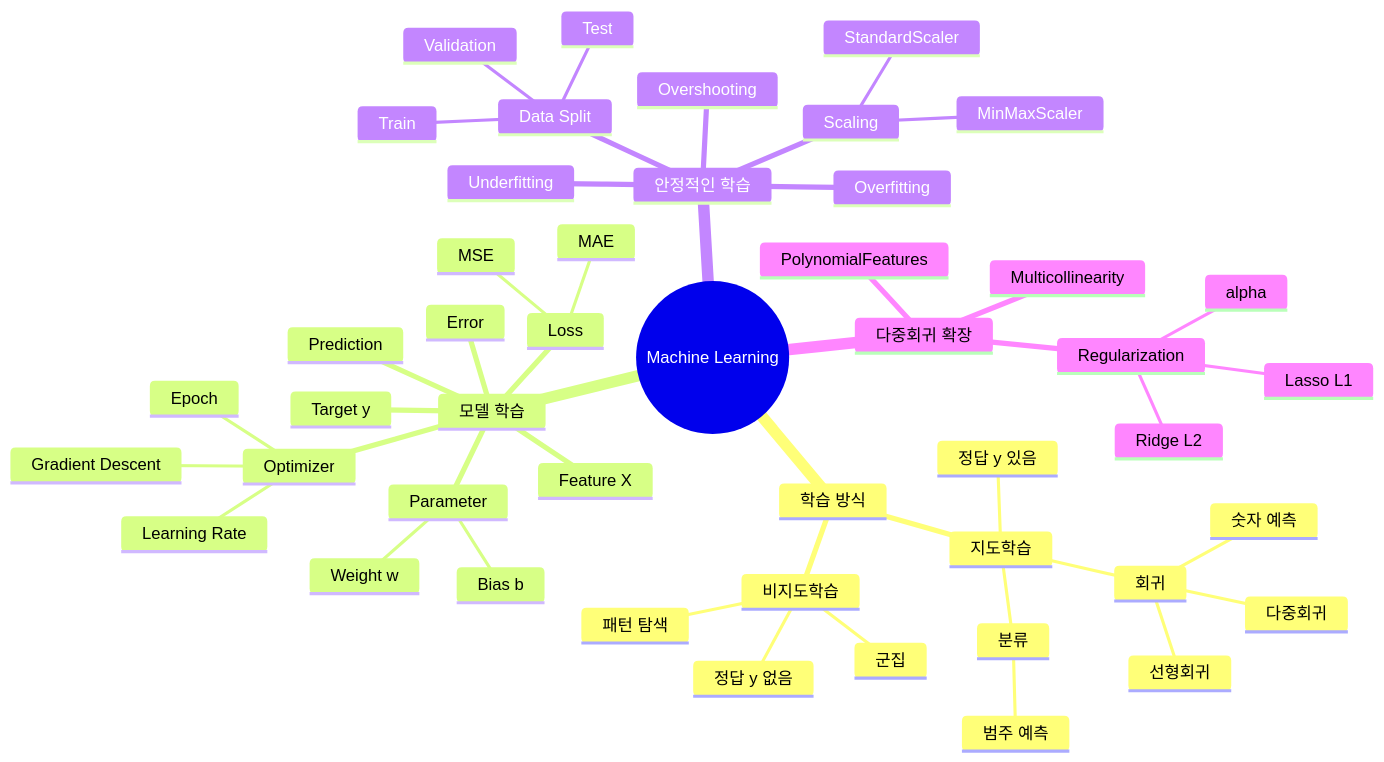
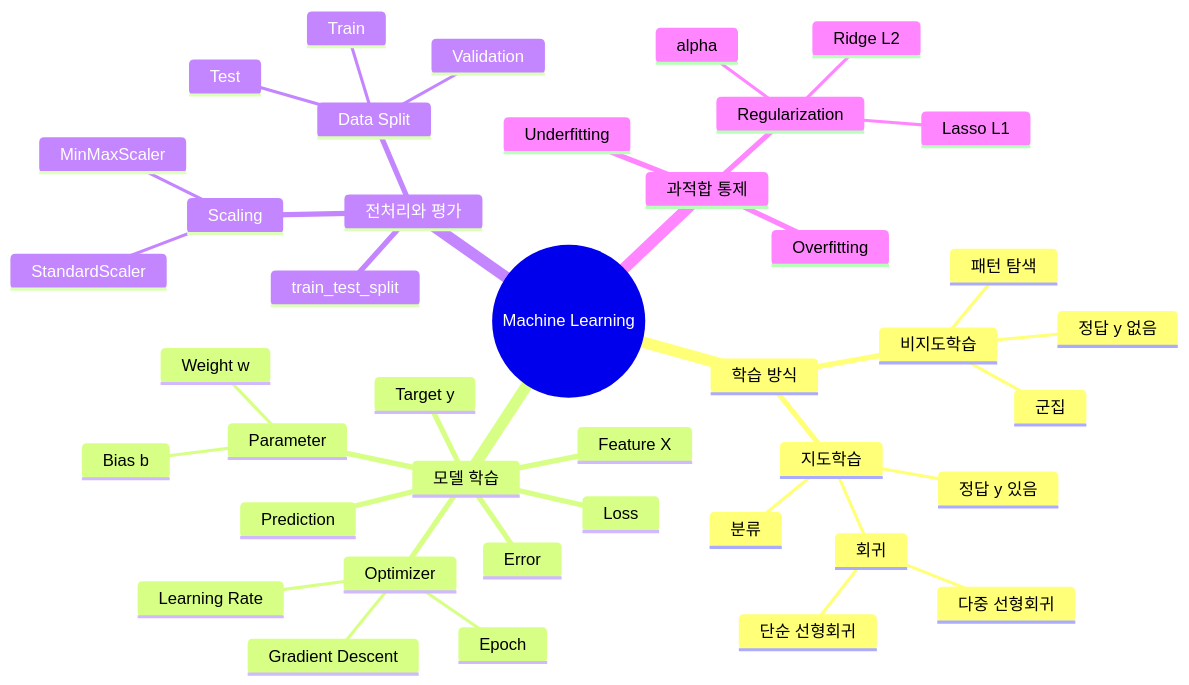
Before and after one commit to jihyunkims495-sys/Blast-Forge-Lab: the diagram in TIL/2026-08/WEEK 4/2026-08-27/[TIL] machine_learning_gradient_descent_regularization.md, drawn with Mermaid. The commit also changed other lines of this file, not shown here.

````diff
--- a/TIL/2026-08/WEEK 4/2026-08-27/[TIL] machine_learning_gradient_descent_regularization.md
+++ b/TIL/2026-08/WEEK 4/2026-08-27/[TIL] machine_learning_gradient_descent_regularization.md
@@ -11,50 +11,44 @@
 ```mermaid
 mindmap
   root((Machine Learning))
     학습 방식
       지도학습
         정답 y 있음
         회귀
-          숫자 예측
-          선형회귀
-          다중회귀
+          단순 선형회귀
+          다중 선형회귀
         분류
-          범주 예측
       비지도학습
         정답 y 없음
         군집
         패턴 탐색
     모델 학습
       Feature X
       Target y
       Prediction
       Error
       Loss
-        MAE
-        MSE
       Parameter
         Weight w
         Bias b
       Optimizer
         Gradient Descent
         Learning Rate
         Epoch
-    안정적인 학습
+    전처리와 평가
+      Scaling
+        MinMaxScaler
+        StandardScaler
       Data Split
         Train
         Validation
         Test
-      Scaling
-        MinMaxScaler
-        StandardScaler
+      train_test_split
+    과적합 통제
       Overfitting
       Underfitting
-      Overshooting
-    다중회귀 확장
-      Multicollinearity
-      PolynomialFeatures
       Regularization
         Ridge L2
         Lasso L1
         alpha
 ```
````
